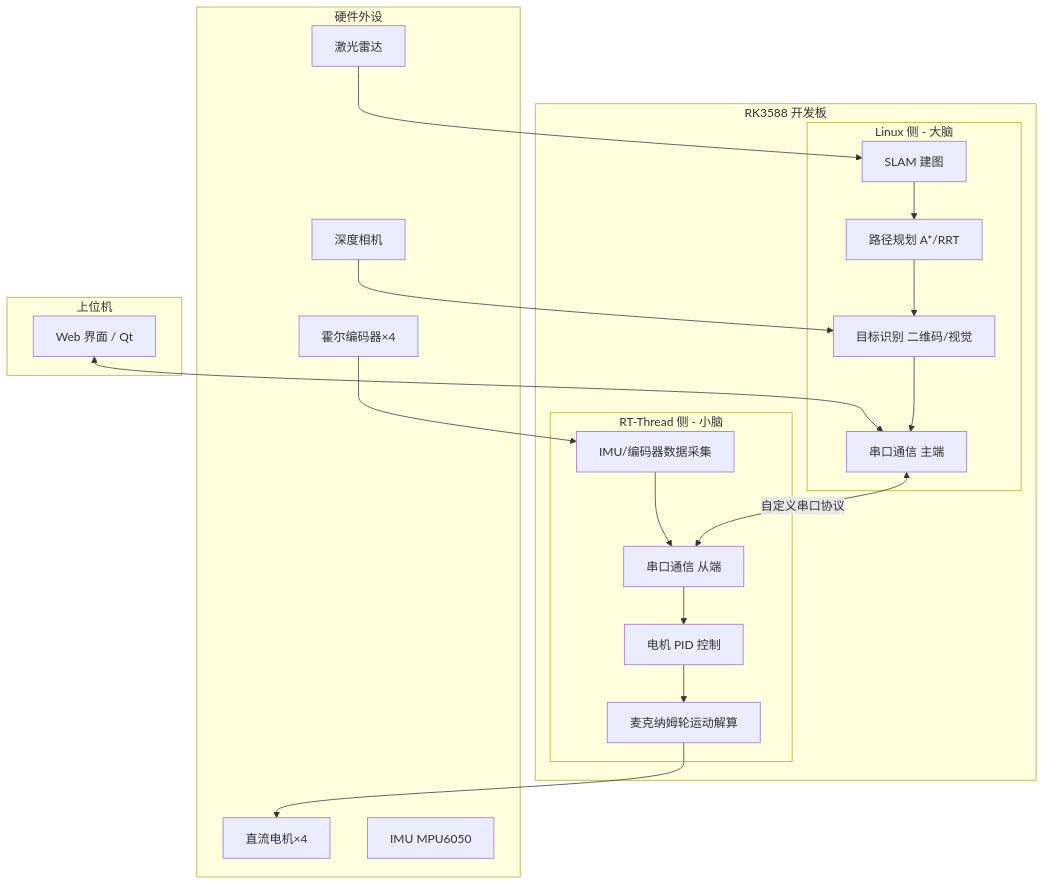
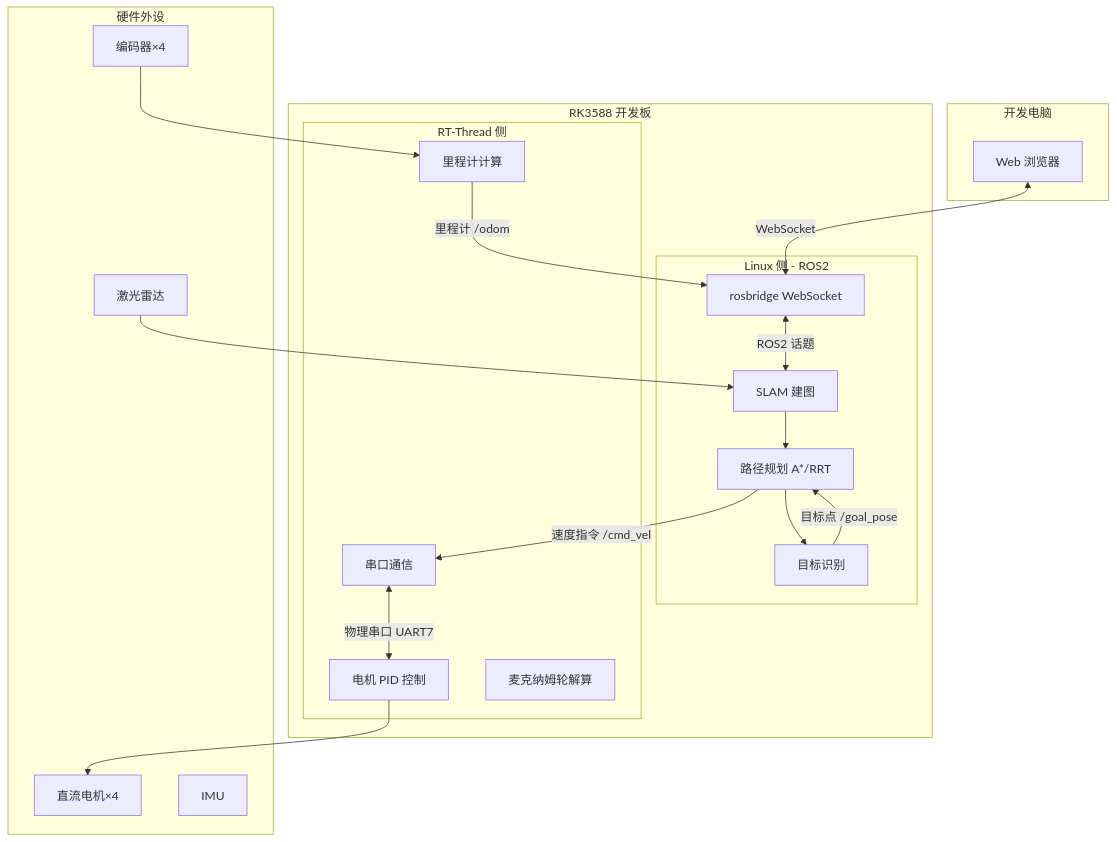
Before and after one commit to Jasper87287/indoor-delivery-robot-rk3588: the diagram in README.md, drawn with Mermaid. The commit also changed other lines of this file, not shown here.

````diff
--- a/README.md
+++ b/README.md
@@ -17,41 +27,37 @@
 ```mermaid
 flowchart TB
+    subgraph PC[开发电脑]
+        Web[Web 浏览器]
+    end
     subgraph RK3588[RK3588 开发板]
-        subgraph Linux[Linux 侧 - 大脑]
+        subgraph Linux[Linux 侧 - ROS2]
             L1[SLAM 建图]
             L2[路径规划 A*/RRT]
-            L3[目标识别 二维码/视觉]
-            L4[串口通信 主端]
+            L3[目标识别]
+            L4[rosbridge WebSocket]
         end
-        subgraph RTThread[RT-Thread 侧 - 小脑]
+        subgraph RTThread[RT-Thread 侧]
             R1[电机 PID 控制]
-            R2[麦克纳姆轮运动解算]
-            R3[IMU/编码器数据采集]
-            R4[串口通信 从端]
+            R2[麦克纳姆轮解算]
+            R3[里程计计算]
+            R4[串口通信]
         end
     end
-    
     subgraph Hardware[硬件外设]
         H1[直流电机×4]
-        H2[霍尔编码器×4]
-        H3[IMU MPU6050]
+        H2[编码器×4]
+        H3[IMU]
         H4[激光雷达]
-        H5[深度相机]
     end
 
-    L4 <-->|自定义串口协议| R4
+    Web <-->|WebSocket| L4
+    L4 <-->|ROS2 话题| L1
     L1 --> L2 --> L3
-    L3 --> L4
-    R4 --> R1 --> R2
-    R2 --> H1
+    L3 -->|目标点 /goal_pose| L2
+    L2 -->|速度指令 /cmd_vel| R4
+    R4 <-->|物理串口 UART7| R1
+    R1 --> H1
     H2 --> R3
-    R3 --> R4
+    R3 -->|里程计 /odom| L4
     H4 --> L1
-    H5 --> L3
-
-    subgraph UI[上位机]
-        Web[Web 界面 / Qt]
-    end
-
-    Web <--> L4
 ```
````
